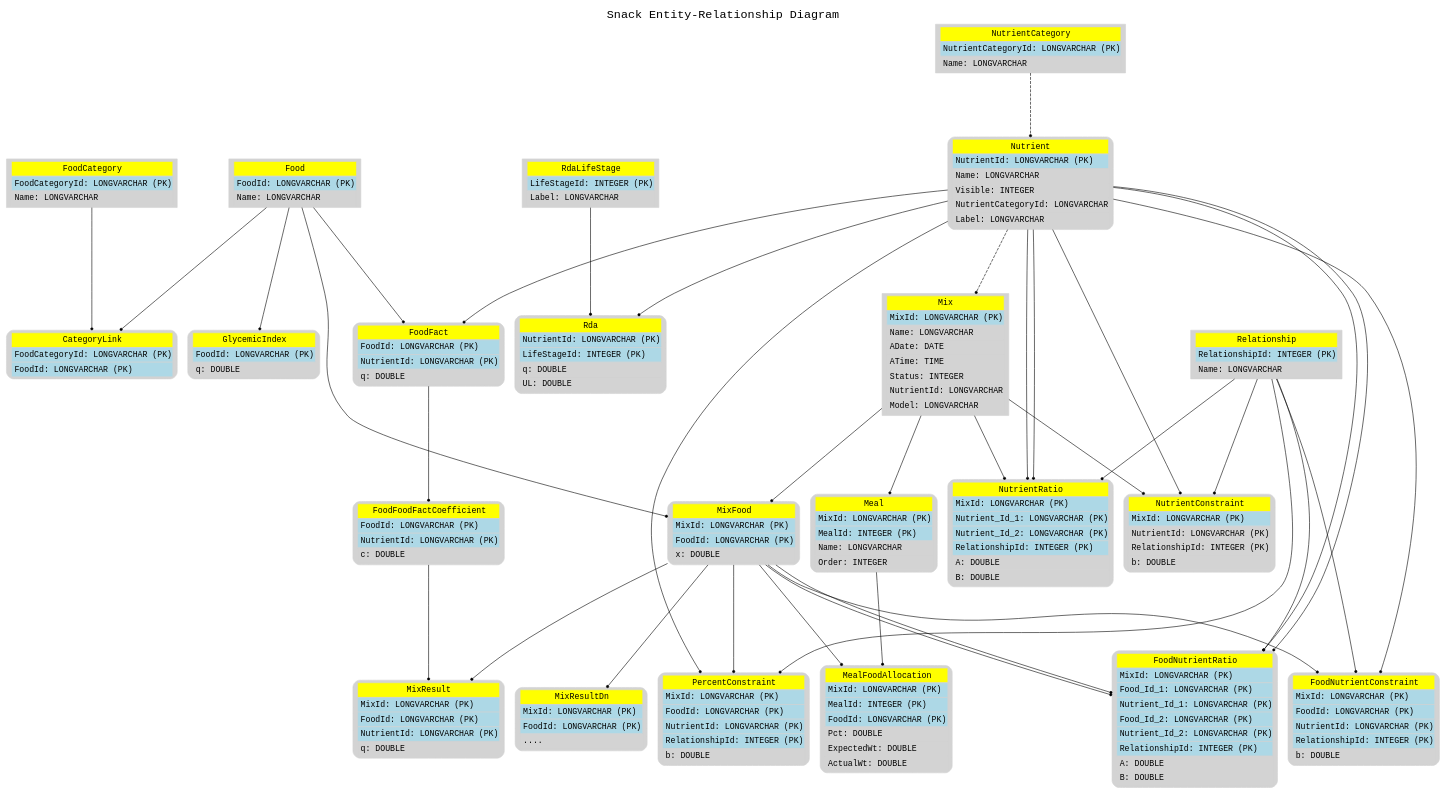
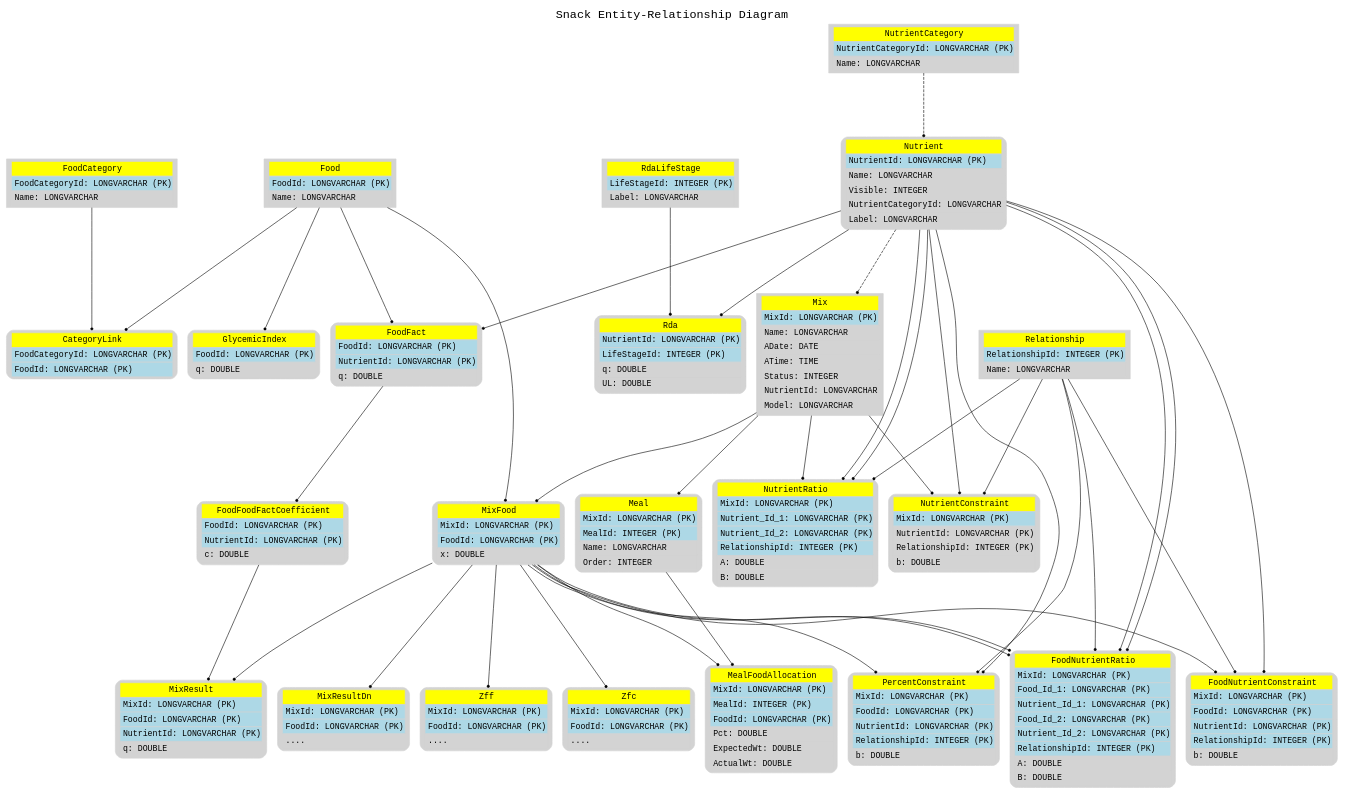
Before and after one commit to xjrga/snack: the diagram in data/sql/other/erd.gv, drawn with Graphviz. The commit also changed 172 other files, not shown here.

```diff
--- a/data/sql/other/erd.gv
+++ b/data/sql/other/erd.gv
@@ -205,6 +205,22 @@
             <tr><td align="left">q: DOUBLE</td></tr>
         </table>
     >]
+    Zff [shape=Mrecord, label=<
+        <table border="0" cellborder="1" cellspacing="0" cellpadding="4">
+            <tr><td bgcolor="yellow">Zff</td></tr>
+            <tr><td bgcolor="lightblue" align="left">MixId: LONGVARCHAR (PK)</td></tr>
+            <tr><td bgcolor="lightblue" align="left">FoodId: LONGVARCHAR (PK)</td></tr>
+            <tr><td align="left">....</td></tr>
+        </table>
+    >]
+    Zfc [shape=Mrecord, label=<
+        <table border="0" cellborder="1" cellspacing="0" cellpadding="4">
+            <tr><td bgcolor="yellow">Zfc</td></tr>
+            <tr><td bgcolor="lightblue" align="left">MixId: LONGVARCHAR (PK)</td></tr>
+            <tr><td bgcolor="lightblue" align="left">FoodId: LONGVARCHAR (PK)</td></tr>
+            <tr><td align="left">....</td></tr>
+        </table>
+    >]
 
     edge [penwidth=1,fontname="Liberation Mono" len=5, arrowsize=0.5, arrowhead=dot, arrowtail=none, dir=forward, style=solid]
     "FoodCategory" -> "CategoryLink" [dir=forward,weight=1];
@@ -278,5 +294,9 @@
     "MixFood" -> "MealFoodAllocation" [dir=forward,weight=1];
     edge [penwidth=1,fontname="Liberation Mono" len=5, arrowsize=0.5, arrowhead=dot, arrowtail=none, dir=forward, style=solid]
     "Food" -> "GlycemicIndex" [dir=forward,weight=1];
+    "MixFood" -> "Zff" [dir=forward,weight=1];
+    edge [penwidth=1,fontname="Liberation Mono" len=5, arrowsize=0.5, arrowhead=dot, arrowtail=none, dir=forward, style=solid]
+    "MixFood" -> "Zfc" [dir=forward,weight=1];
+    edge [penwidth=1,fontname="Liberation Mono" len=5, arrowsize=0.5, arrowhead=dot, arrowtail=none, dir=forward, style=solid]
     
 }
```
